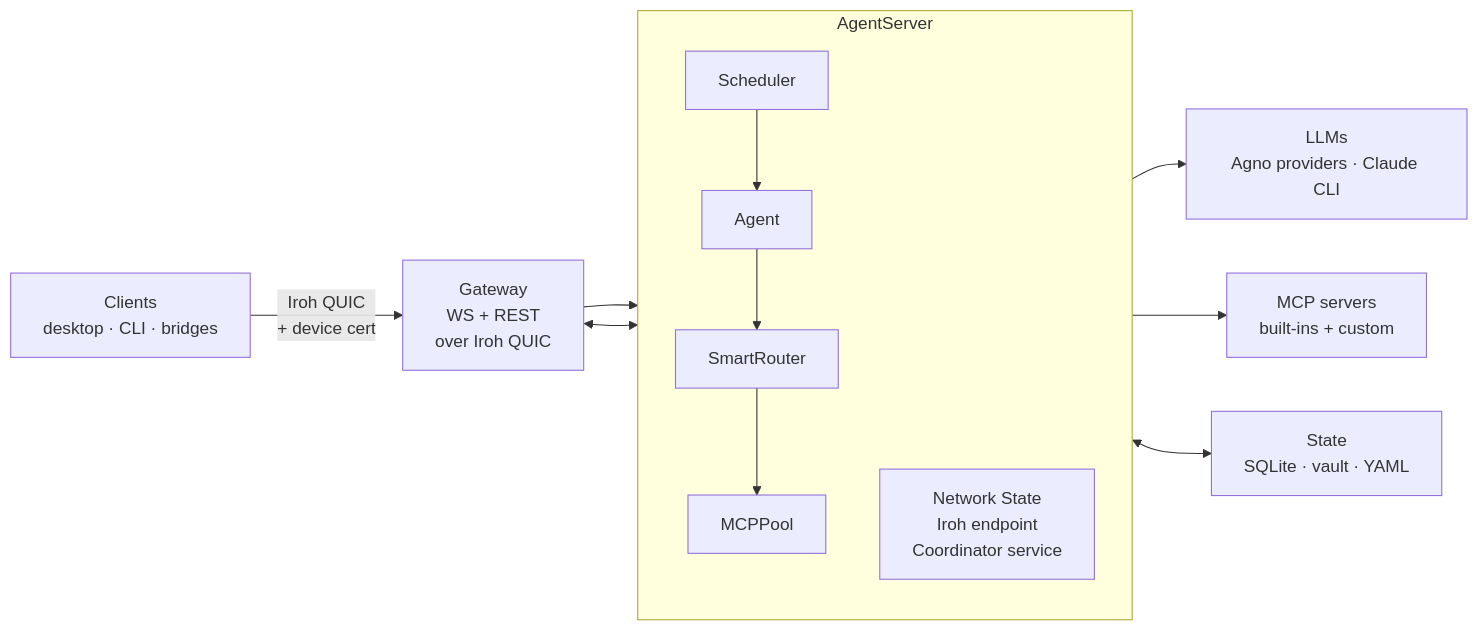
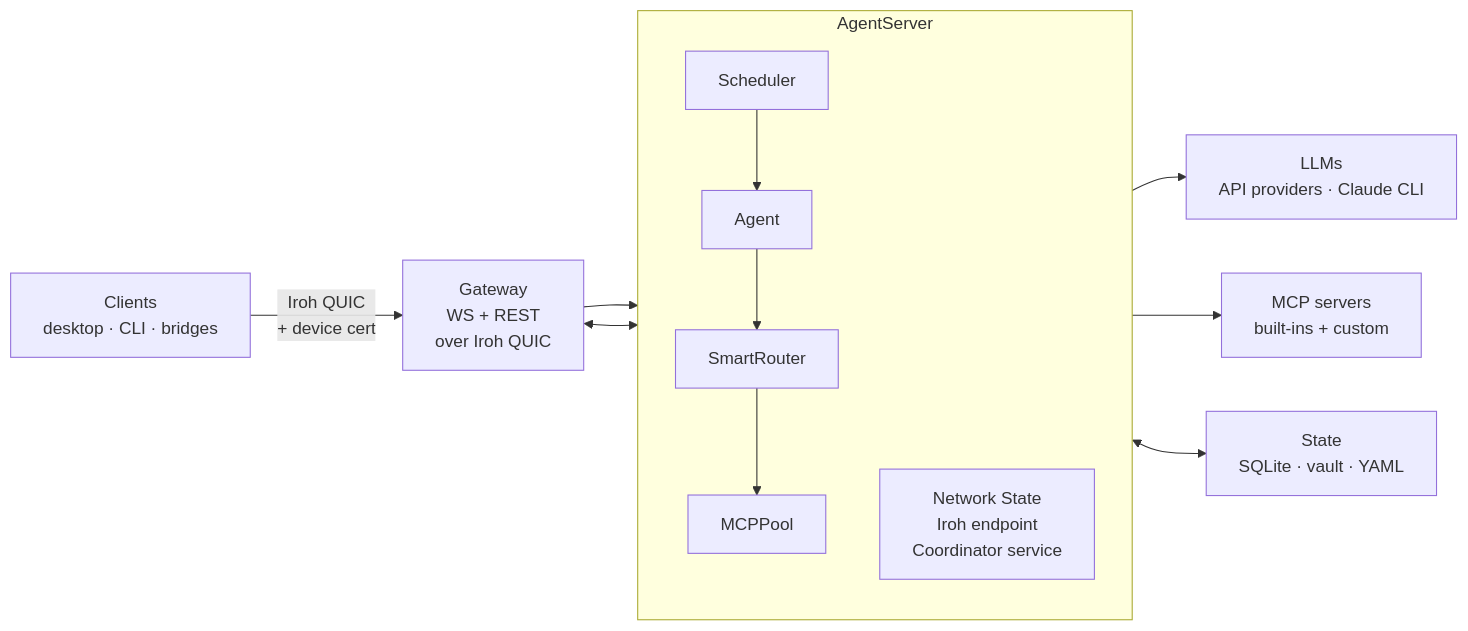
The first of 9 diagrams in guide/architecture.md (openagent-uno/openagent-docs), drawn with Mermaid before and after one commit. The commit also changed other lines of this file and 3 other files, not shown here.

````diff
--- a/guide/architecture.md
+++ b/guide/architecture.md
@@ -20,26 +20,26 @@
 ```mermaid
 flowchart LR
     Clients["Clients<br/>desktop · CLI · bridges"]
     GW["Gateway<br/>WS + REST<br/>over Iroh QUIC"]
 
     subgraph Core["AgentServer"]
         direction TB
         Agent["Agent"]
         Router["SmartRouter"]
         Pool["MCPPool"]
         Sched["Scheduler"]
         Net["Network State<br/>Iroh endpoint<br/>Coordinator service"]
     end
 
-    LLMs["LLMs<br/>Agno providers · Claude CLI"]
+    LLMs["LLMs<br/>API providers · Claude CLI"]
     MCPs["MCP servers<br/>built-ins + custom"]
     State["State<br/>SQLite · vault · YAML"]
 
     Clients -->|"Iroh QUIC<br/>+ device cert"| GW --> Agent
     Sched --> Agent
     Agent --> Router --> Pool
     Router --> LLMs
     Pool --> MCPs
     Agent <--> State
     GW <--> Net
 ```
````
